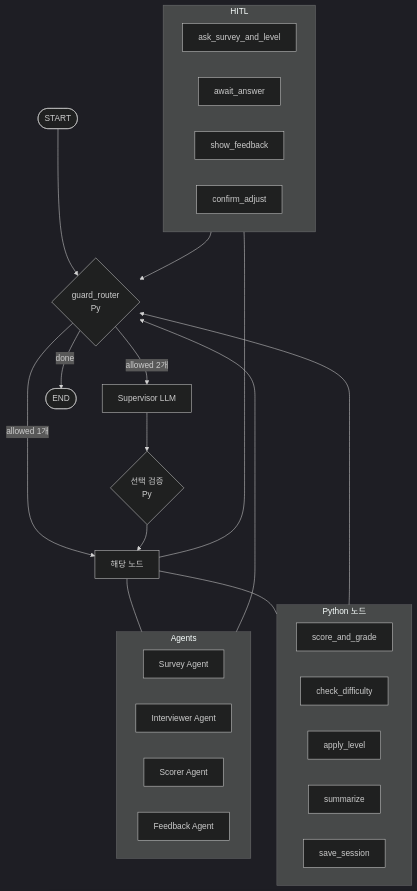
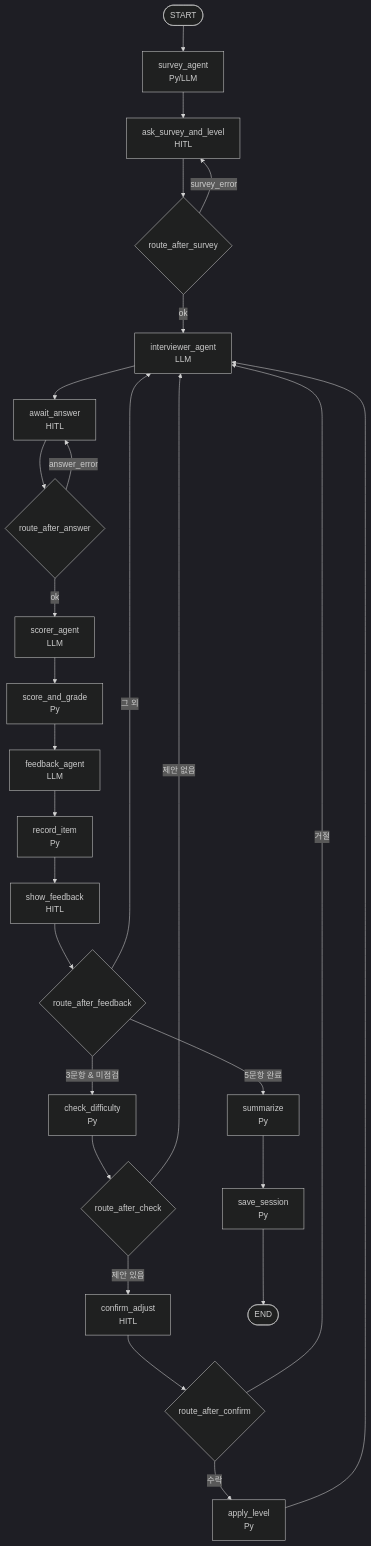
Before and after one commit to lumineko/mini-pjt: the diagram in SERVICE.md, drawn with Mermaid (dark theme). The commit also changed other lines of this file and 4 other files, not shown here.

````diff
--- a/SERVICE.md
+++ b/SERVICE.md
@@ -16,36 +17,29 @@
 ```mermaid
 flowchart TD
-    START([START]) --> G{guard_router<br/>Py}
-    G -->|allowed 1개| N[해당 노드]
-    G -->|allowed 2개| S[Supervisor LLM]
-    S --> V{선택 검증<br/>Py}
-    V --> N
-
-    subgraph Agents
-      SA[Survey Agent]
-      IA[Interviewer Agent]
-      SC[Scorer Agent]
-      FA[Feedback Agent]
-    end
-    subgraph PyNodes[Python 노드]
-      GR[score_and_grade]
-      CD[check_difficulty]
-      AL[apply_level]
-      SM[summarize]
-      SV[save_session]
-    end
-    subgraph HITL
-      H1[ask_survey_and_level]
-      H2[await_answer]
-      H3[show_feedback]
-      H4[confirm_adjust]
-    end
-
-    N --- Agents
-    N --- PyNodes
-    N --- HITL
-    Agents --> G
-    PyNodes --> G
-    HITL --> G
-    G -->|done| END([END])
+    START([START]) --> SA[survey_agent<br/>Py/LLM]
+    SA --> H1[ask_survey_and_level<br/>HITL]
+    H1 --> R0{route_after_survey}
+    R0 -->|survey_error| H1
+    R0 -->|ok| IA[interviewer_agent<br/>LLM]
+    IA --> H2[await_answer<br/>HITL]
+    H2 --> R1{route_after_answer}
+    R1 -->|answer_error| H2
+    R1 -->|ok| SC[scorer_agent<br/>LLM]
+    SC --> GR[score_and_grade<br/>Py]
+    GR --> FA[feedback_agent<br/>LLM]
+    FA --> RI[record_item<br/>Py]
+    RI --> H3[show_feedback<br/>HITL]
+    H3 --> R2{route_after_feedback}
+    R2 -->|5문항 완료| SM[summarize<br/>Py]
+    R2 -->|3문항 & 미점검| CD[check_difficulty<br/>Py]
+    R2 -->|그 외| IA
+    CD --> R3{route_after_check}
+    R3 -->|제안 있음| H4[confirm_adjust<br/>HITL]
+    R3 -->|제안 없음| IA
+    H4 --> R4{route_after_confirm}
+    R4 -->|수락| AP[apply_level<br/>Py]
+    R4 -->|거절| IA
+    AP --> IA
+    SM --> SV[save_session<br/>Py]
+    SV --> END([END])
 ```
````
